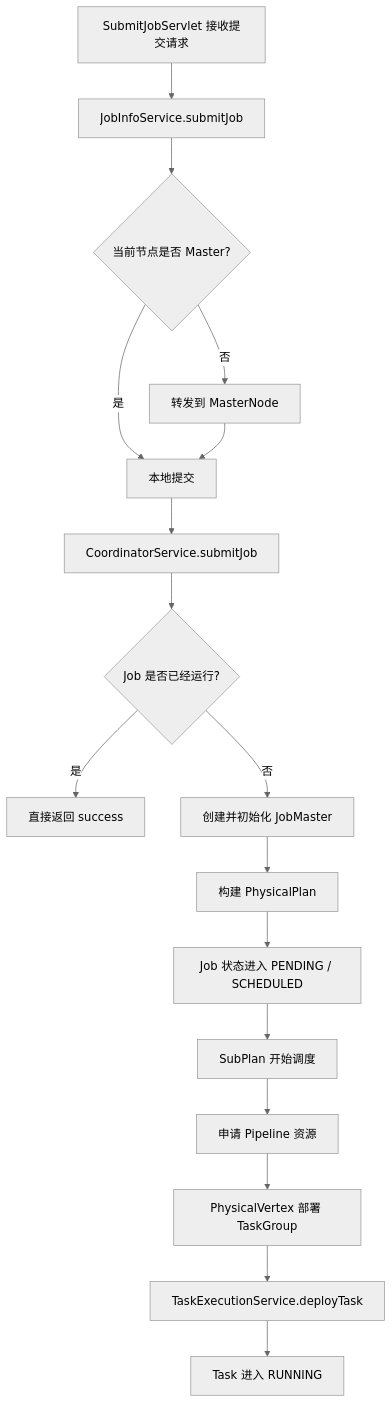
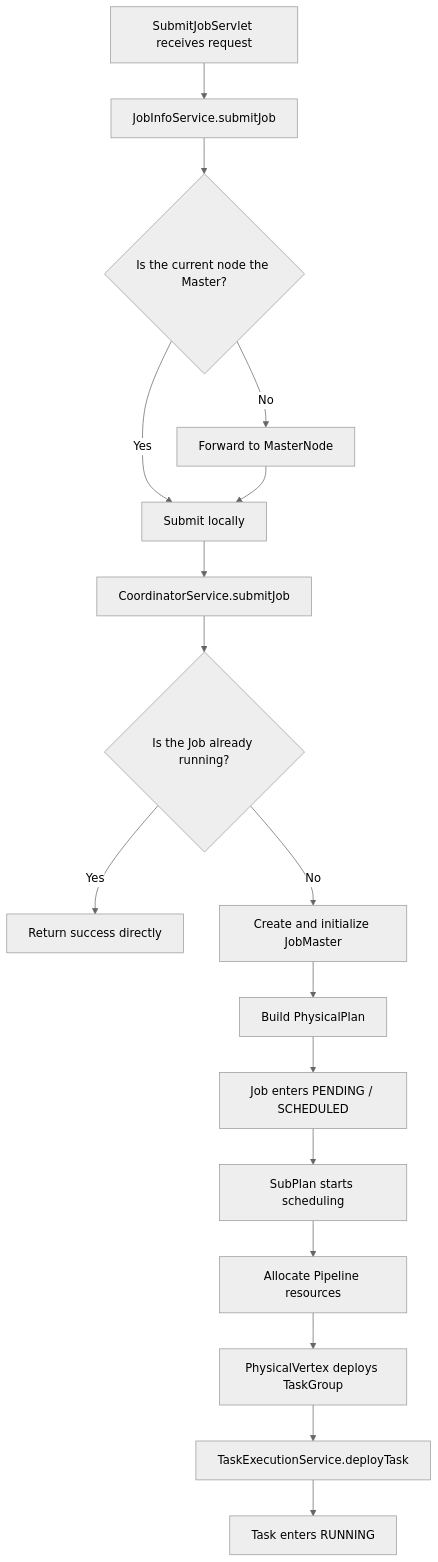
The first of 7 diagrams in blog/2026-07-07-seatunnel-submit-job-flow.md (apache/seatunnel-website), drawn with Mermaid (neutral theme) before and after one commit. The commit also changed other lines of this file and 1 other file, not shown here.

Commit message:
[Blog] Add English translation for job submission flow

````diff
--- a/blog/2026-07-07-seatunnel-submit-job-flow.md
+++ b/blog/2026-07-07-seatunnel-submit-job-flow.md
@@ -39,19 +39,19 @@
 ```mermaid
 flowchart TD
-    A[SubmitJobServlet 接收提交请求] --> B[JobInfoService.submitJob]
-    B --> C{当前节点是否 Master?}
-    C -- 是 --> D[本地提交]
-    C -- 否 --> E[转发到 MasterNode]
+    A[SubmitJobServlet receives request] --> B[JobInfoService.submitJob]
+    B --> C{Is the current node the Master?}
+    C -- Yes --> D[Submit locally]
+    C -- No --> E[Forward to MasterNode]
     E --> D
     D --> F[CoordinatorService.submitJob]
-    F --> G{Job 是否已经运行?}
-    G -- 是 --> H[直接返回 success]
-    G -- 否 --> I[创建并初始化 JobMaster]
-    I --> J[构建 PhysicalPlan]
-    J --> K[Job 状态进入 PENDING / SCHEDULED]
-    K --> L[SubPlan 开始调度]
-    L --> M[申请 Pipeline 资源]
-    M --> N[PhysicalVertex 部署 TaskGroup]
+    F --> G{Is the Job already running?}
+    G -- Yes --> H[Return success directly]
+    G -- No --> I[Create and initialize JobMaster]
+    I --> J[Build PhysicalPlan]
+    J --> K[Job enters PENDING / SCHEDULED]
+    K --> L[SubPlan starts scheduling]
+    L --> M[Allocate Pipeline resources]
+    M --> N[PhysicalVertex deploys TaskGroup]
     N --> O[TaskExecutionService.deployTask]
-    O --> P[Task 进入 RUNNING]
+    O --> P[Task enters RUNNING]
 ```
````
